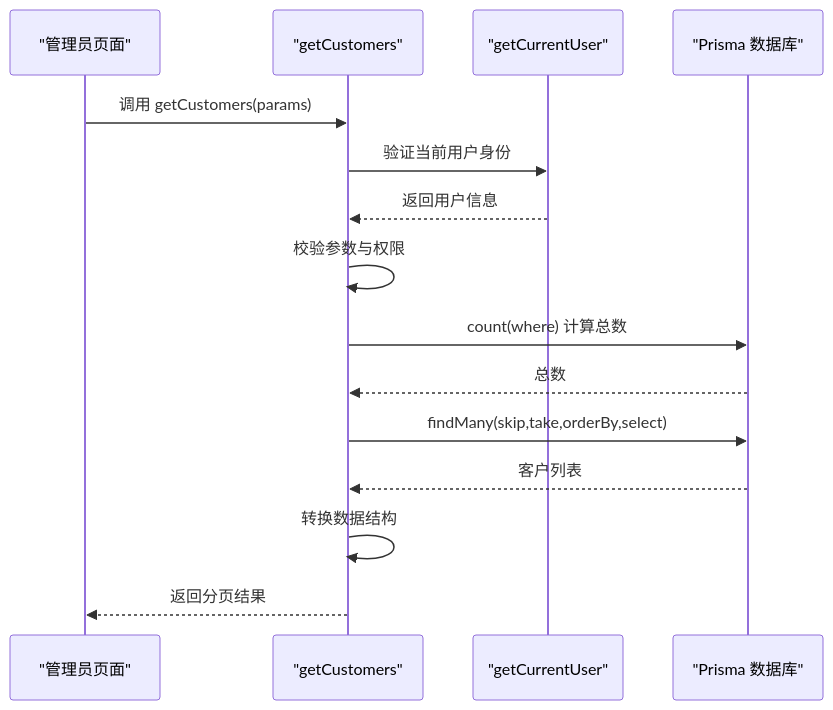
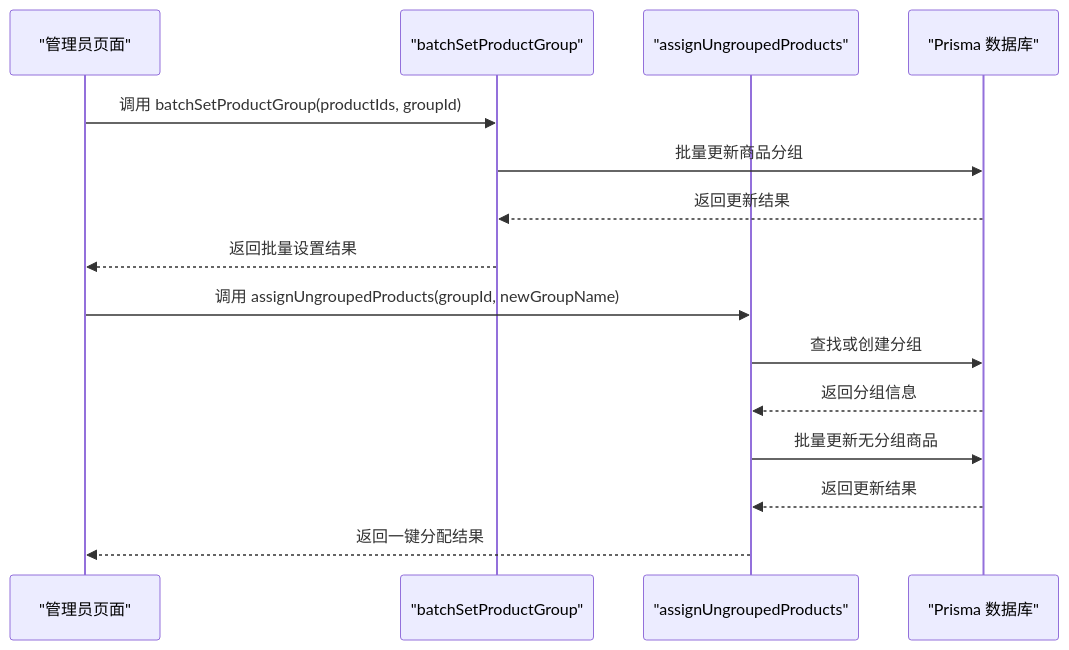
Before and after one commit to three3638-arch/celestia_2b: the fifth of 8 diagrams in .qoder/repowiki/zh/content/管理后台系统/商品管理系统/商品管理系统.md, drawn with Mermaid. The commit also changed other lines of this file and 30 other files, not shown here.

````diff
--- a/.qoder/repowiki/zh/content/管理后台系统/商品管理系统/商品管理系统.md
+++ b/.qoder/repowiki/zh/content/管理后台系统/商品管理系统/商品管理系统.md
@@ -296,17 +342,17 @@
 ```mermaid
 sequenceDiagram
 participant Admin as "管理员页面"
-participant Action as "getCustomers"
-participant Auth as "getCurrentUser"
+participant GroupAction as "batchSetProductGroup"
+participant UngroupedAction as "assignUngroupedProducts"
 participant DB as "Prisma 数据库"
-Admin->>Action : 调用 getCustomers(params)
-Action->>Auth : 验证当前用户身份
-Auth-->>Action : 返回用户信息
-Action->>Action : 校验参数与权限
-Action->>DB : count(where) 计算总数
-DB-->>Action : 总数
-Action->>DB : findMany(skip,take,orderBy,select)
-DB-->>Action : 客户列表
-Action->>Action : 转换数据结构
-Action-->>Admin : 返回分页结果
+Admin->>GroupAction : 调用 batchSetProductGroup(productIds, groupId)
+GroupAction->>DB : 批量更新商品分组
+DB-->>GroupAction : 返回更新结果
+GroupAction-->>Admin : 返回批量设置结果
+Admin->>UngroupedAction : 调用 assignUngroupedProducts(groupId, newGroupName)
+UngroupedAction->>DB : 查找或创建分组
+DB-->>UngroupedAction : 返回分组信息
+UngroupedAction->>DB : 批量更新无分组商品
+DB-->>UngroupedAction : 返回更新结果
+UngroupedAction-->>Admin : 返回一键分配结果
 ```
````
